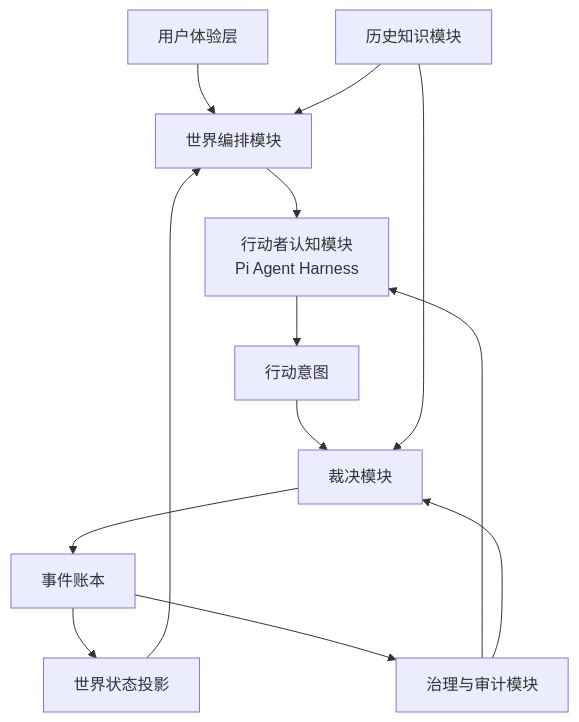
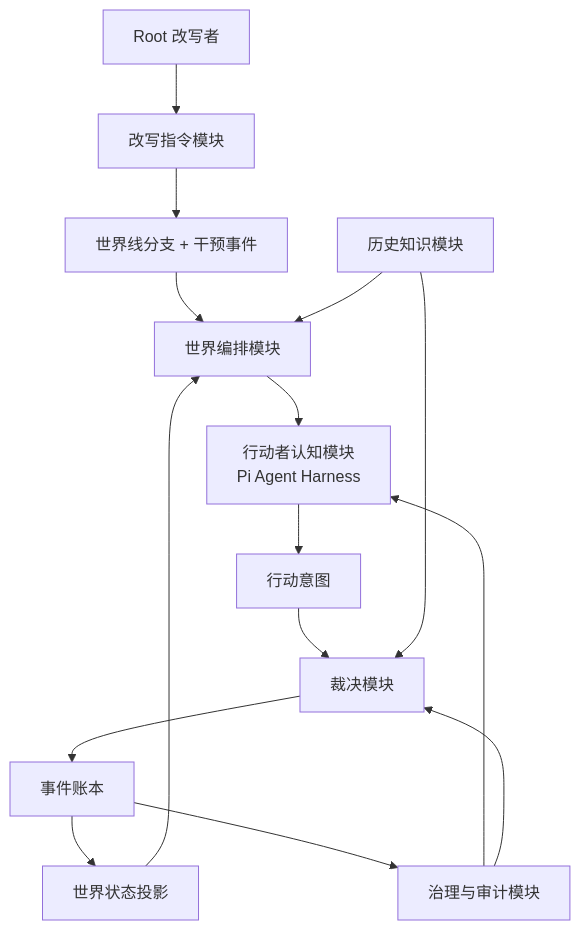
The diagram in docs/architecture.md (daum110715/sandtable), drawn with Mermaid before and after one commit. The commit also changed other lines of this file and 14 other files, not shown here.

````diff
--- a/docs/architecture.md
+++ b/docs/architecture.md
@@ -17,15 +17,17 @@
 ```mermaid
 flowchart TB
-    U["用户体验层"] --> O["世界编排模块"]
+    U["Root 改写者"] --> D["改写指令模块"]
+    D --> B["世界线分支 + 干预事件"]
+    B --> O["世界编排模块"]
     O --> A["行动者认知模块\nPi Agent Harness"]
     A --> I["行动意图"]
     I --> R["裁决模块"]
     R --> E["事件账本"]
     E --> P["世界状态投影"]
     P --> O
     H["历史知识模块"] --> O
     H --> R
     G["治理与审计模块"] --> A
     G --> R
     E --> G
 ```
````
